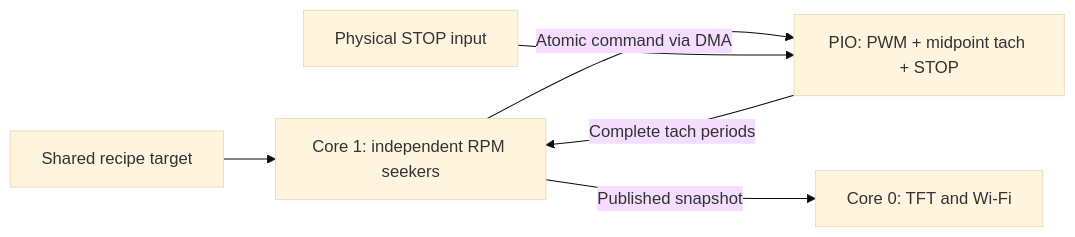
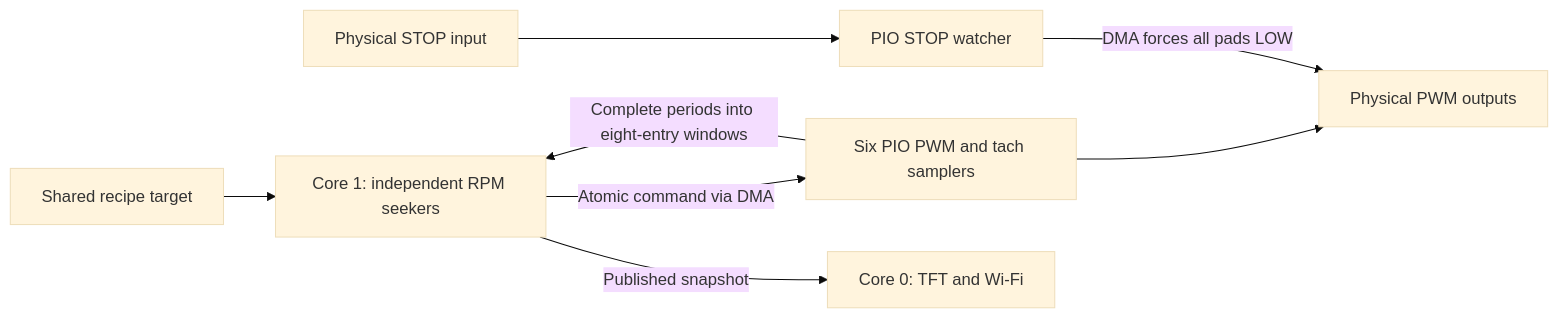
Before and after one commit to bigjosh/gotham-spincoater: the diagram in README.md, drawn with Mermaid (base theme). The commit also changed other lines of this file and 25 other files, not shown here.

Commit message:
Keep tach capture continuous through START and STOP

````diff
--- a/README.md
+++ b/README.md
@@ -125,8 +125,10 @@
 ```mermaid
 flowchart LR
     RECIPE[Shared recipe target] --> CONTROL[Core 1: independent RPM seekers]
-    CONTROL -->|Atomic command via DMA| PIO[PIO: PWM + midpoint tach + STOP]
-    PIO -->|Complete tach periods| CONTROL
-    STOP[Physical STOP input] --> PIO
+    CONTROL -->|Atomic command via DMA| PIO[Six PIO PWM and tach samplers]
+    PIO -->|Complete periods into eight-entry windows| CONTROL
+    PIO --> PADS[Physical PWM outputs]
+    STOP[Physical STOP input] --> GUARD[PIO STOP watcher]
+    GUARD -->|DMA forces all pads LOW| PADS
     CONTROL -->|Published snapshot| UI[Core 0: TFT and Wi-Fi]
 ```
````
